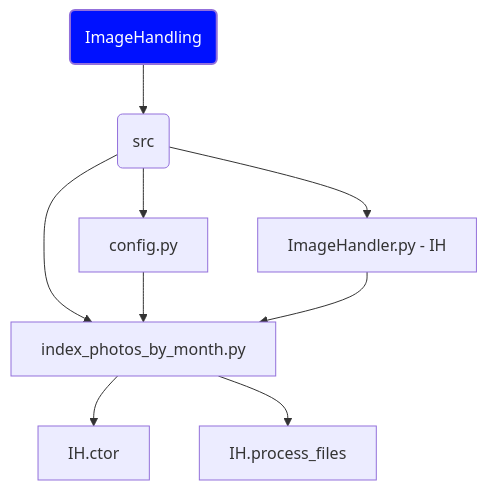
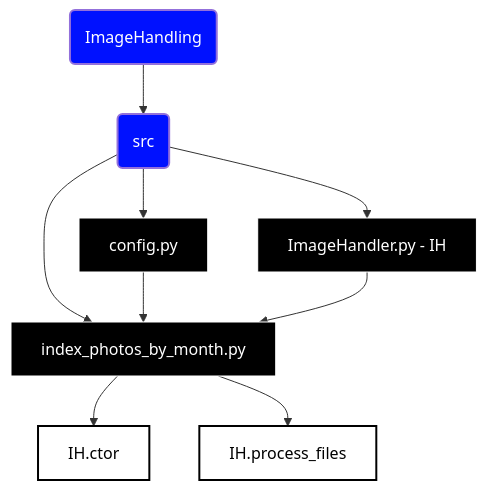
Before and after one commit to aadennis/PythonSandboxAA: the diagram in ImageHandling/docs/photo_indexer.md, drawn with Mermaid.

Commit message:
colour-coding node types for Mermaid

````diff
--- a/ImageHandling/docs/photo_indexer.md
+++ b/ImageHandling/docs/photo_indexer.md
@@ -6,24 +6,27 @@
 ```mermaid
-%% conventions: folders-F, modules-M,methods-m
+%% conventions: folders-F-blue, modules-M-black,methods-m-white
 graph TD
+%% Classes
+    classDef blueFill fill:#01f,stroke:#white,stroke-width:2px,color:#FFFFFF;
+    classDef blackFill fill:#000000,stroke:#FFFFFF,stroke-width:1px,color:#FFFFFF;
+    classDef whiteFill fill:#FFFFFF,stroke:#000000,stroke-width:2px,color:#000000;
+
 %% Nodes
-classDef bluefill fill:#01f,stroke:#white,stroke-width:2px,color:#FFFFFF;
-
-    F1(ImageHandling):::bluefill
-    F2(src)
-    M1[index_photos_by_month.py]
-    M2[config.py]
-    M3[ImageHandler.py - IH]
-    m1[IH.ctor]
-    m2[IH.process_files]
+    F1(ImageHandling):::blueFill
+    F2(src):::blueFill
+    M1[index_photos_by_month.py]:::blackFill
+    M2[config.py]:::blackFill
+    M3[ImageHandler.py - IH]:::blackFill
+    m1[IH.ctor]:::whiteFill
+    m2[IH.process_files]:::whiteFill
 %% Node connections
     F1 --> F2
     F2 --> M1
     F2 --> M2
     F2 --> M3
     M2 --> M1
     M3 --> M1
     M1 --> m1
     M1 --> m2 
     
 ```
````
